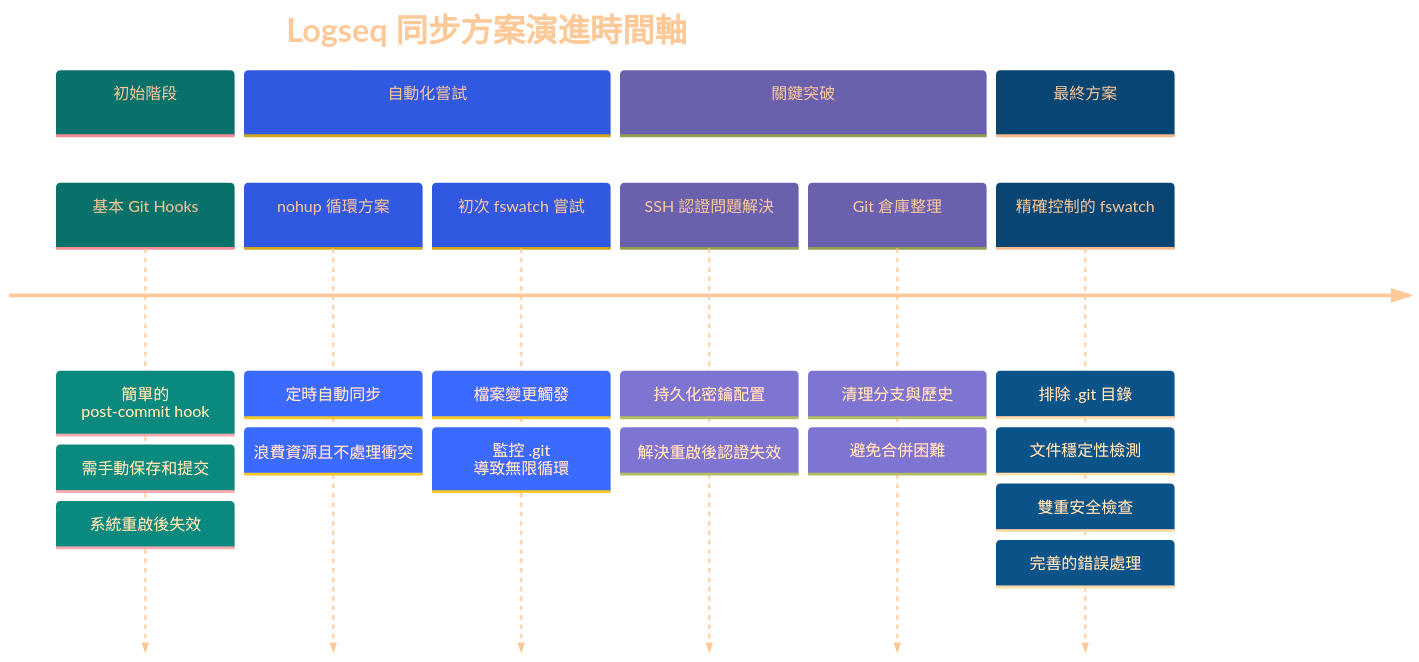
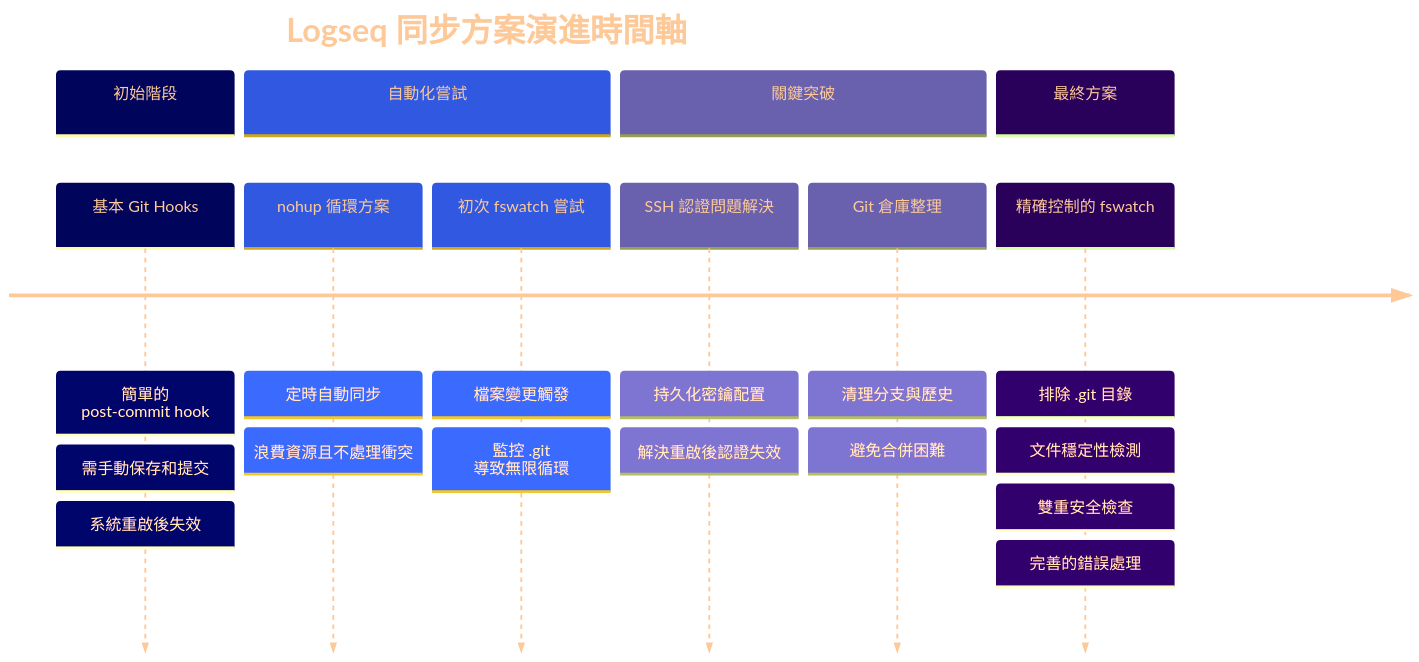
One commit to GengGeng026/Sync-Logseq changed the first of 2 diagrams in Logseq同步方案演進記錄.md. Above: the diagram before and after it, drawn with Mermaid.

Commit message:
Auto-sync: Wed Mar 26 10:48:34 +08 2025

````diff
--- a/Logseq同步方案演進記錄.md
+++ b/Logseq同步方案演進記錄.md
@@ -24,38 +24,38 @@
 ```mermaid
 %%{init: {
   'theme': 'base', 
   'themeVariables': {
     'primaryTextColor': '#FEC999',
-    'primaryColor': '#10E9D9',
+    'primaryColor': '#0009D9',
     'secondaryColor': '#A0B2F1',
     'tertiaryColor': '#B9B5D9',
     'primaryBorderColor': '#A9D9D9',
     'background': 'transparent',
     'clusterBkg': 'transparent',
     'fontFamily': 'default',
     'fontSize': '17px',
     'fontWeight': 'normal'
   }
 }}%%
 timeline
     title Logseq 同步方案演進時間軸
     section 初始階段
         基本 Git Hooks : 簡單的 post-commit hook
         : 需手動保存和提交
         : 系統重啟後失效
     section 自動化嘗試
         nohup 循環方案 : 定時自動同步
         : 浪費資源且不處理衝突
         初次 fswatch 嘗試 : 檔案變更觸發
         : 監控 .git 導致無限循環
     section 關鍵突破
         SSH 認證問題解決 : 持久化密鑰配置
         : 解決重啟後認證失效
         Git 倉庫整理 : 清理分支與歷史
         : 避免合併困難
     section 最終方案
         精確控制的 fswatch : 排除 .git 目錄
         : 文件穩定性檢測
         : 雙重安全檢查
         : 完善的錯誤處理
 ```
````
